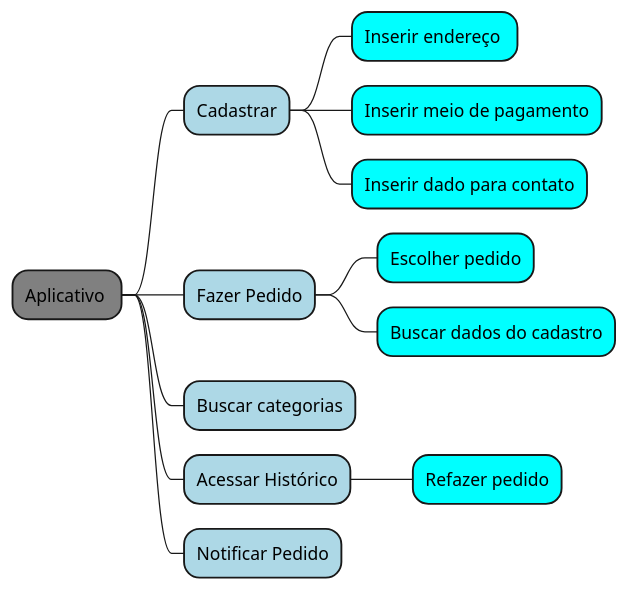
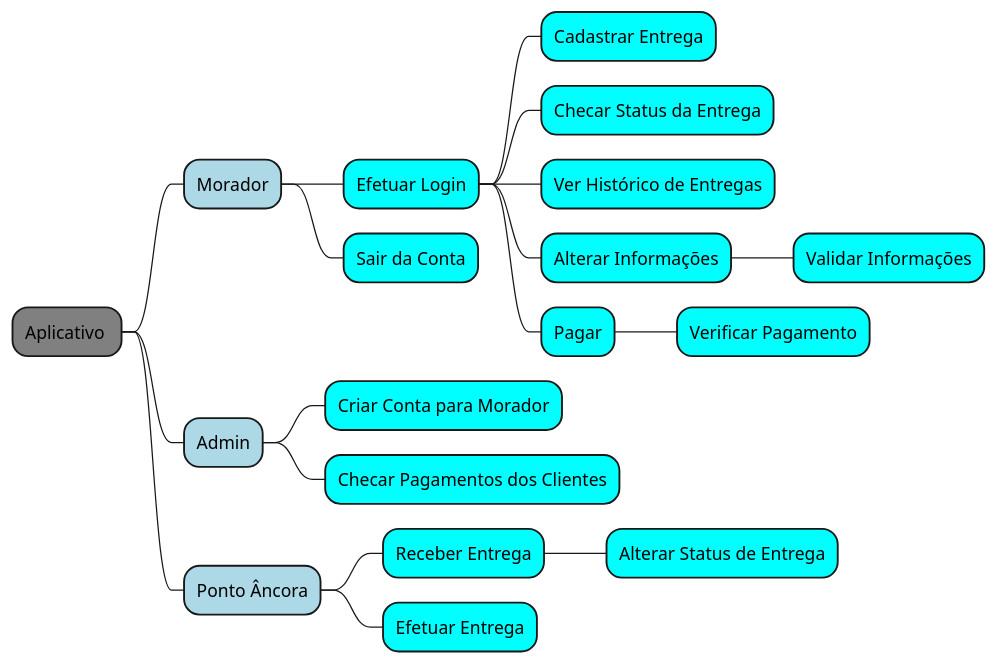
One commit to Projetos-de-Extensao/PBE_25.1_8001_II_Simblissima changed the diagram in docs/base/mm.wsd. Above: the diagram before and after it, drawn with PlantUML.

Commit message:
Refactor mind map structure for Aplicativo, adding detailed functionalities for Morador, Admin, and Ponto Âncora roles.

```diff
--- a/docs/base/mm.wsd
+++ b/docs/base/mm.wsd
@@ -1,24 +1,24 @@
 @startmindmap
 
 *[#Gray] Aplicativo 
-**[#LightBlue]  Cadastrar
-***[#Cyan] Inserir endereço 
-***[#Cyan] Inserir meio de pagamento
-***[#Cyan] Inserir dado para contato
+**[#LightBlue] Morador
+***[#Cyan] Efetuar Login
+****[#Cyan] Cadastrar Entrega
+****[#Cyan] Checar Status da Entrega
+****[#Cyan] Ver Histórico de Entregas
+****[#Cyan] Alterar Informações
+*****[#Cyan] Validar Informações
+****[#Cyan] Pagar
+*****[#Cyan] Verificar Pagamento
+***[#Cyan] Sair da Conta
 
-**[#LightBlue] Fazer Pedido
-***[#Cyan] Escolher pedido
-***[#Cyan] Buscar dados do cadastro
-**[#LightBlue] Buscar categorias
-**[#LightBlue] Acessar Histórico
-***[#Cyan] Refazer pedido
-**[#LightBlue] Notificar Pedido
+**[#LightBlue] Admin
+***[#Cyan] Criar Conta para Morador
+***[#Cyan] Checar Pagamentos dos Clientes
 
-
-
-'--[#LightBlue] 2°
-'---[#Red] 3°
-
-
+**[#LightBlue] Ponto Âncora
+***[#Cyan] Receber Entrega
+****[#Cyan] Alterar Status de Entrega
+***[#Cyan] Efetuar Entrega
 
 @endmindmap
```
